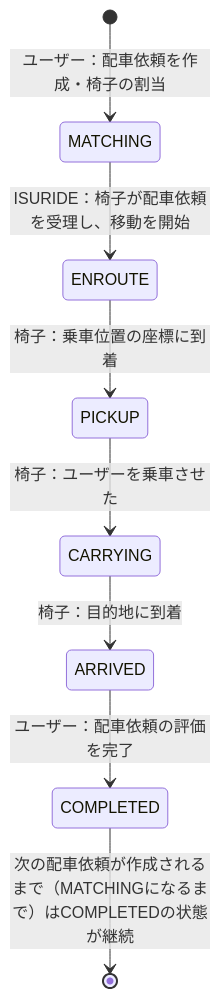
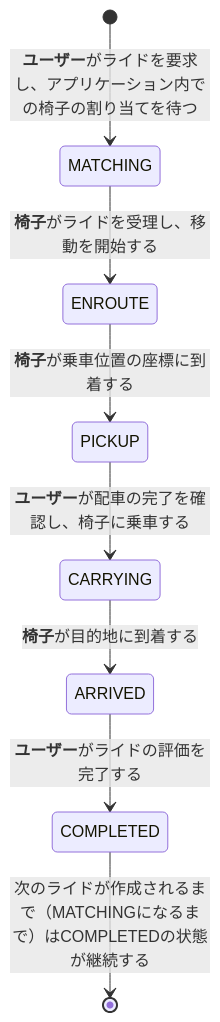
Before and after one commit to yuta-otsubo/isucon-sutra: the diagram in docs/ISURIDE.md, drawn with Mermaid. The commit also changed other lines of this file and 2 other files, not shown here.

````diff
--- a/docs/ISURIDE.md
+++ b/docs/ISURIDE.md
@@ -64,10 +65,10 @@
 ```mermaid
 stateDiagram-v2
-  [*] --> MATCHING: ユーザー：配車依頼を作成・椅子の割当
-  MATCHING --> ENROUTE: ISURIDE：椅子が配車依頼を受理し、移動を開始
-  ENROUTE --> PICKUP: 椅子：乗車位置の座標に到着
-  PICKUP --> CARRYING: 椅子：ユーザーを乗車させた
-  CARRYING --> ARRIVED: 椅子：目的地に到着
-  ARRIVED --> COMPLETED: ユーザー：配車依頼の評価を完了
-  COMPLETED --> [*]: 次の配車依頼が作成されるまで（MATCHINGになるまで）はCOMPLETEDの状態が継続
+  [*] --> MATCHING: **ユーザー**がライドを要求し、アプリケーション内での椅子の割り当てを待つ
+  MATCHING --> ENROUTE: **椅子**がライドを受理し、移動を開始する
+  ENROUTE --> PICKUP: **椅子**が乗車位置の座標に到着する
+  PICKUP --> CARRYING: **ユーザー**が配車の完了を確認し、椅子に乗車する
+  CARRYING --> ARRIVED: **椅子**が目的地に到着する
+  ARRIVED --> COMPLETED: **ユーザー**がライドの評価を完了する
+  COMPLETED --> [*]: 次のライドが作成されるまで（MATCHINGになるまで）はCOMPLETEDの状態が継続する
 ```
````
